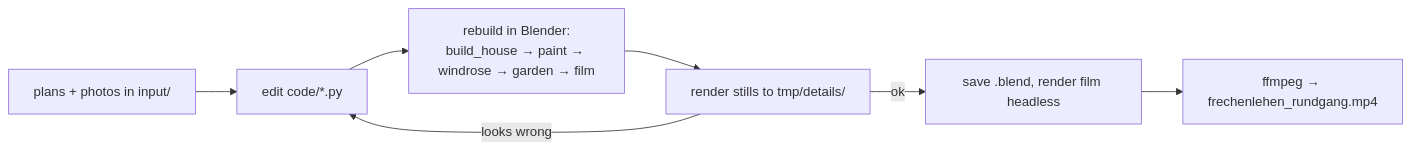
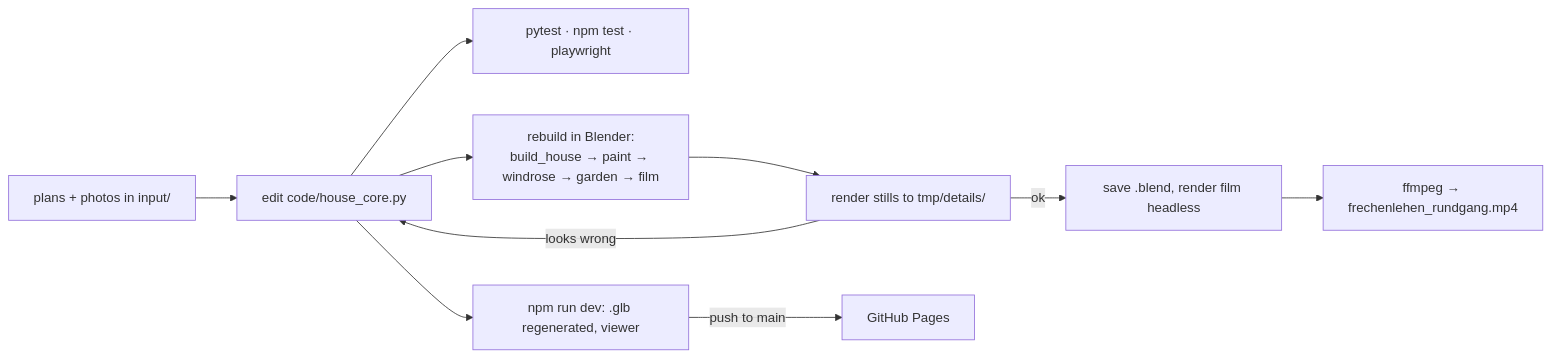
The fourth of 4 diagrams in specs/system/domain.md (tillg/frechen_blender), drawn with Mermaid before and after one commit. The commit also changed other lines of this file and 6 other files, not shown here.

Commit message:
Frechenlehen in three.js: shared Python core, glTF export and browser viewer

````diff
--- a/specs/system/domain.md
+++ b/specs/system/domain.md
@@ -86,9 +144,12 @@
 ```mermaid
 flowchart LR
-    P[plans + photos in input/] --> E[edit code/*.py]
+    P[plans + photos in input/] --> E[edit code/house_core.py]
+    E --> T[pytest · npm test · playwright]
     E --> R[rebuild in Blender:<br/>build_house → paint → windrose → garden → film]
     R --> S[render stills to tmp/details/]
     S -->|looks wrong| E
     S -->|ok| F[save .blend, render film headless]
     F --> M[ffmpeg → frechenlehen_rundgang.mp4]
+    E --> W[npm run dev: .glb regenerated, viewer]
+    W -->|push to main| G[GitHub Pages]
 ```
````
